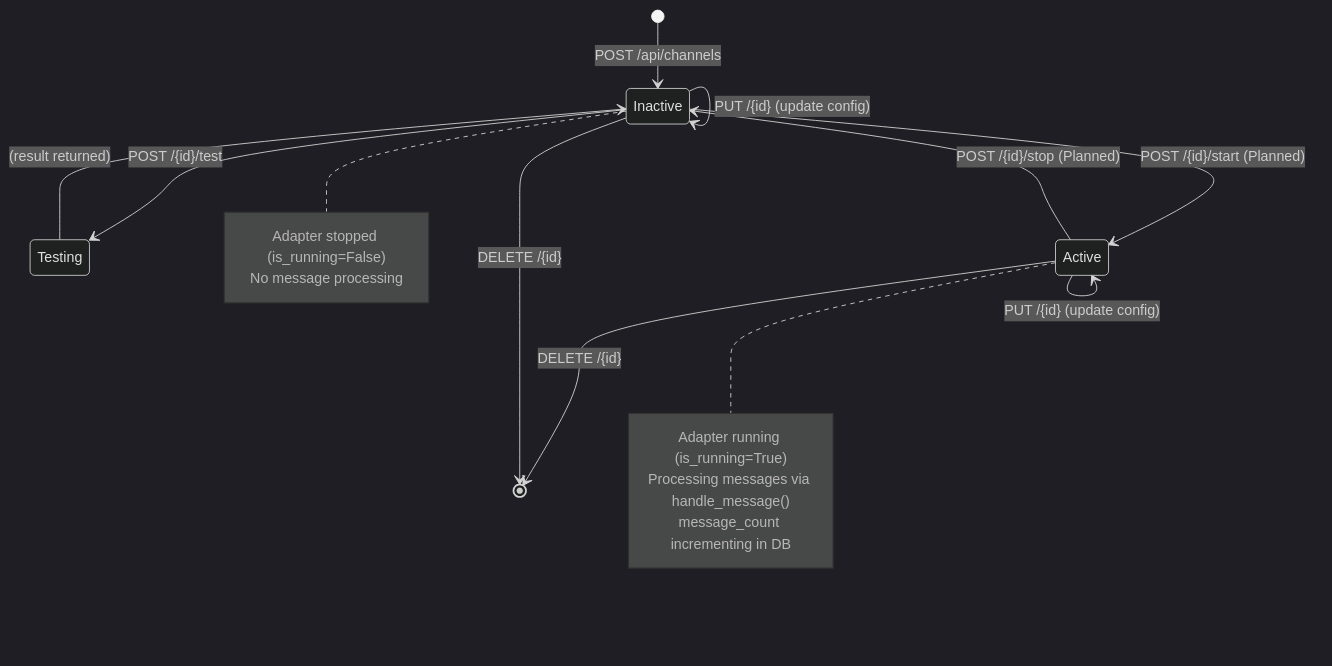
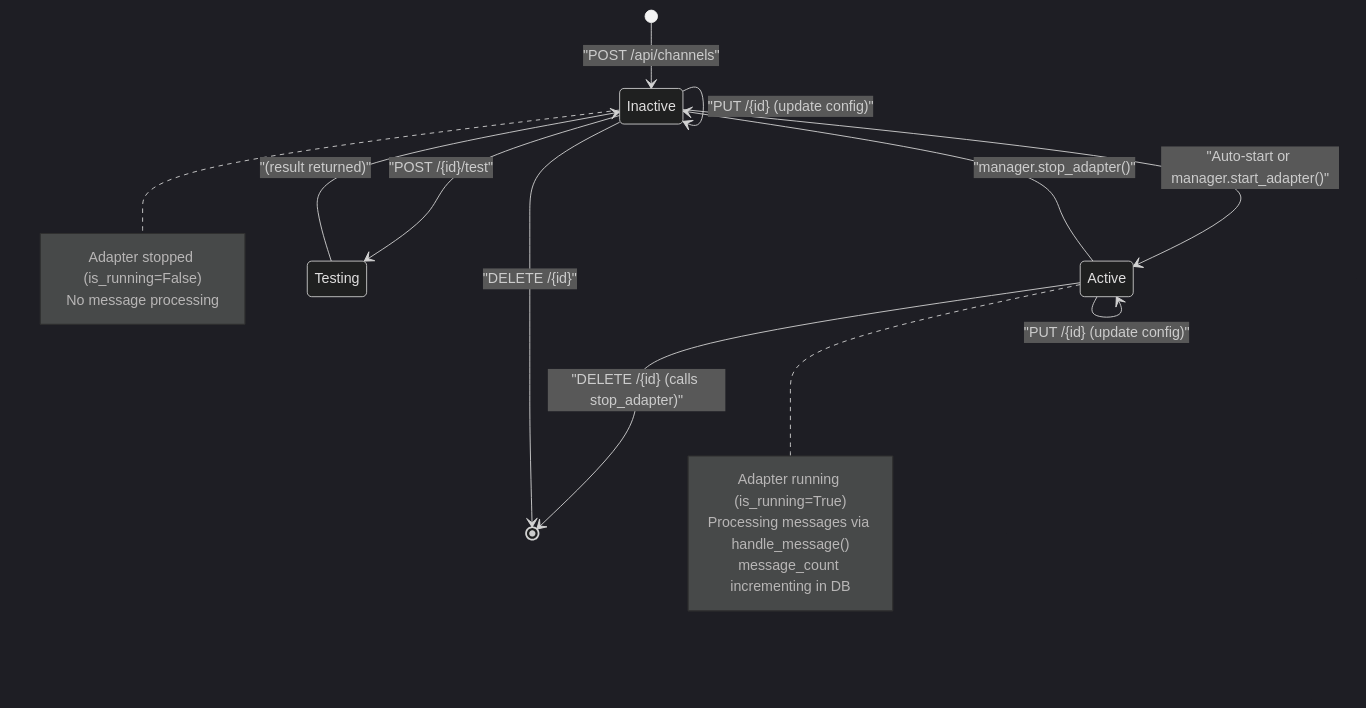
Before and after one commit to AutomatosAI/automatos-ai: the second of 3 diagrams in docs/channel-integrations/channel-api-reference.md, drawn with Mermaid (dark theme). The commit also changed other lines of this file and 153 other files, not shown here.

````diff
--- a/docs/channel-integrations/channel-api-reference.md
+++ b/docs/channel-integrations/channel-api-reference.md
@@ -196,27 +189,26 @@
 ```mermaid
 stateDiagram-v2
-    [*] --> Inactive: POST /api/channels
+    [*] --> Inactive: "POST /api/channels"
+    Inactive --> Active: "Auto-start or manager.start_adapter()"
     
-    Inactive --> Testing: POST /{id}/test
-    Testing --> Inactive: (result returned)
+    Active --> Inactive: "manager.stop_adapter()"
+    Inactive --> Testing: "POST /{id}/test"
+    Testing --> Inactive: "(result returned)"
     
-    Inactive --> Active: POST /{id}/start (Planned)
-    Active --> Inactive: POST /{id}/stop (Planned)
+    Active --> Active: "PUT /{id} (update config)"
+    Inactive --> Inactive: "PUT /{id} (update config)"
     
-    Active --> Active: PUT /{id} (update config)
-    Inactive --> Inactive: PUT /{id} (update config)
-    
-    Active --> [*]: DELETE /{id}
-    Inactive --> [*]: DELETE /{id}
+    Active --> [*]: "DELETE /{id} (calls stop_adapter)"
+    Inactive --> [*]: "DELETE /{id}"
     
     note right of Active
         Adapter running (is_running=True)
         Processing messages via handle_message()
         message_count incrementing in DB
     end note
     
     note right of Inactive
         Adapter stopped (is_running=False)
         No message processing
     end note
 ```
````
